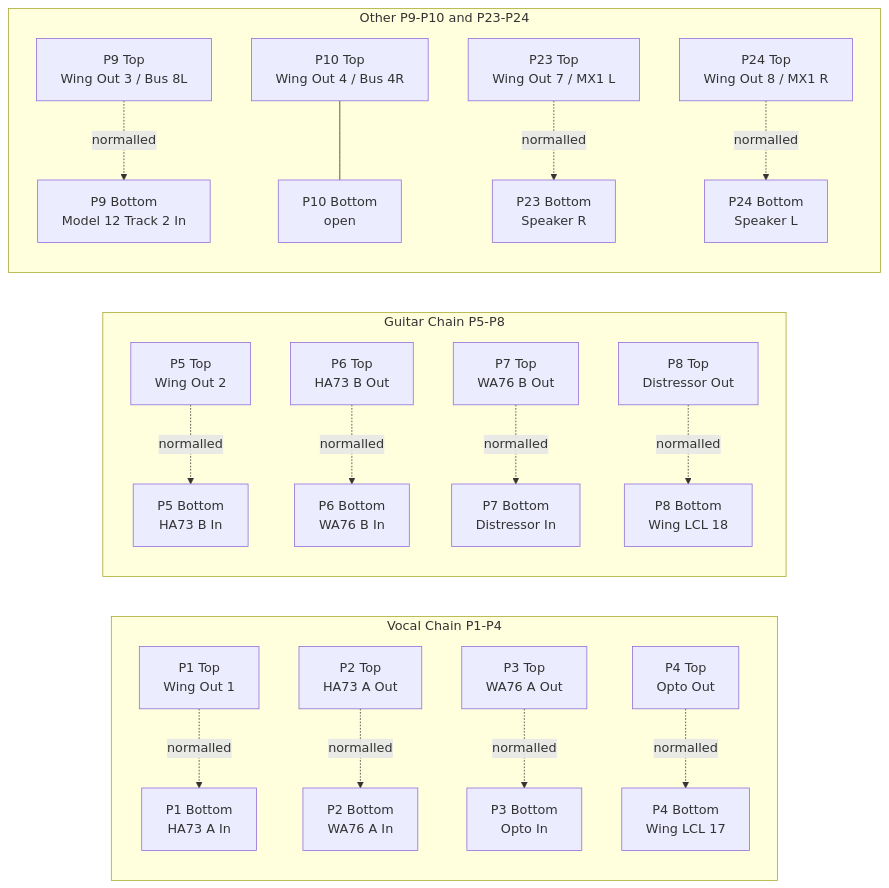
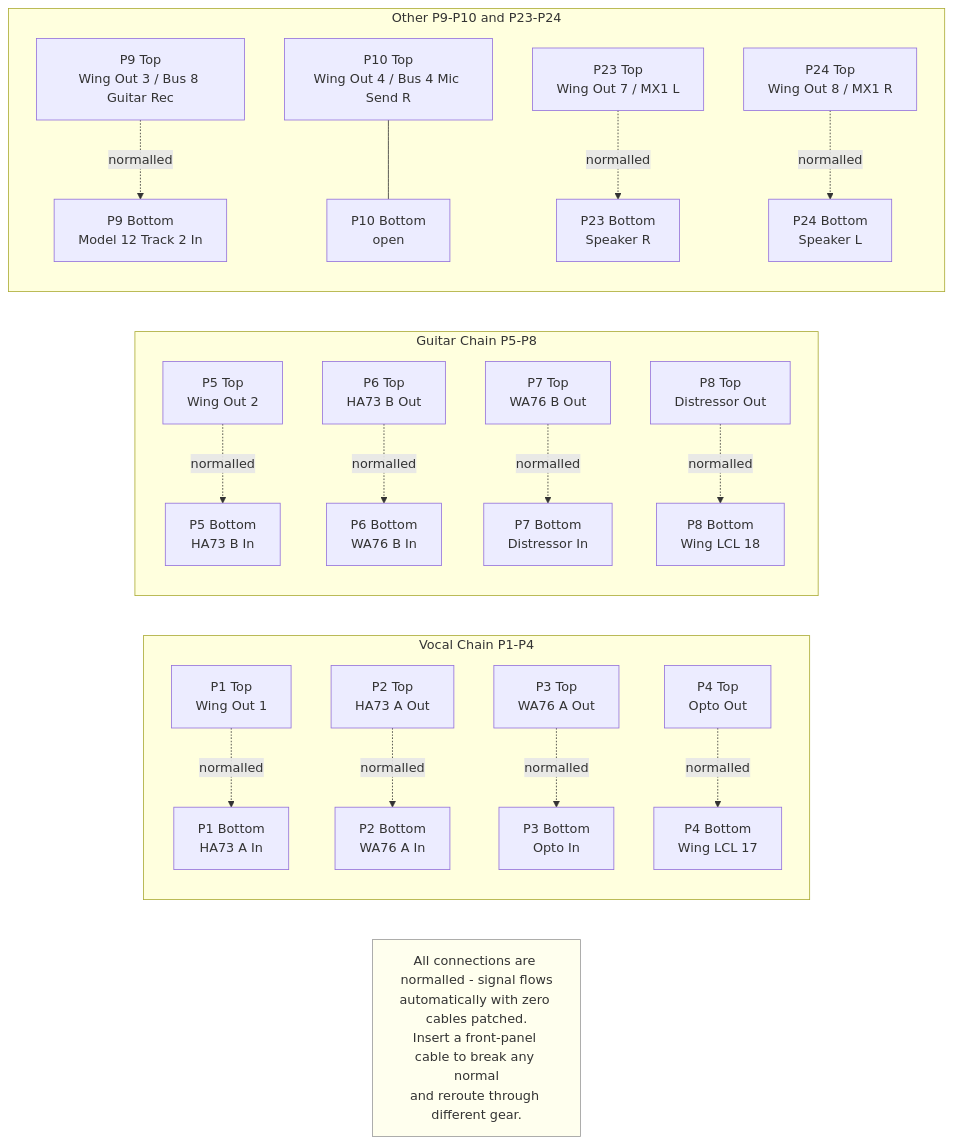
One commit to ldenman/studio-setup changed the sixth of 19 diagrams in docs/diagrams.md. Above: the diagram before and after it, drawn with Mermaid. The commit also changed other lines of this file, not shown here.

First line of the commit message:
Add names to all bus/channel references, summary notes on every diagram

````diff
--- a/docs/diagrams.md
+++ b/docs/diagrams.md
@@ -216,23 +226,27 @@
 ```mermaid
 graph LR
     subgraph Vocal Chain P1-P4
         P1T[P1 Top<br/>Wing Out 1] -.->|normalled| P1B[P1 Bottom<br/>HA73 A In]
         P2T[P2 Top<br/>HA73 A Out] -.->|normalled| P2B[P2 Bottom<br/>WA76 A In]
         P3T[P3 Top<br/>WA76 A Out] -.->|normalled| P3B[P3 Bottom<br/>Opto In]
         P4T[P4 Top<br/>Opto Out] -.->|normalled| P4B[P4 Bottom<br/>Wing LCL 17]
     end
 
     subgraph Guitar Chain P5-P8
         P5T[P5 Top<br/>Wing Out 2] -.->|normalled| P5B[P5 Bottom<br/>HA73 B In]
         P6T[P6 Top<br/>HA73 B Out] -.->|normalled| P6B[P6 Bottom<br/>WA76 B In]
         P7T[P7 Top<br/>WA76 B Out] -.->|normalled| P7B[P7 Bottom<br/>Distressor In]
         P8T[P8 Top<br/>Distressor Out] -.->|normalled| P8B[P8 Bottom<br/>Wing LCL 18]
     end
 
     subgraph Other P9-P10 and P23-P24
-        P9T[P9 Top<br/>Wing Out 3 / Bus 8L] -.->|normalled| P9B[P9 Bottom<br/>Model 12 Track 2 In]
-        P10T[P10 Top<br/>Wing Out 4 / Bus 4R] --- P10B[P10 Bottom<br/>open]
+        P9T[P9 Top<br/>Wing Out 3 / Bus 8 Guitar Rec] -.->|normalled| P9B[P9 Bottom<br/>Model 12 Track 2 In]
+        P10T[P10 Top<br/>Wing Out 4 / Bus 4 Mic Send R] --- P10B[P10 Bottom<br/>open]
         P23T[P23 Top<br/>Wing Out 7 / MX1 L] -.->|normalled| P23B[P23 Bottom<br/>Speaker R]
         P24T[P24 Top<br/>Wing Out 8 / MX1 R] -.->|normalled| P24B[P24 Bottom<br/>Speaker L]
     end
+
+    NOTE[All connections are normalled - signal flows<br/>automatically with zero cables patched.<br/>Insert a front-panel cable to break any normal<br/>and reroute through different gear.]
+
+    style NOTE fill:#ffe,stroke:#999
 ```
````
